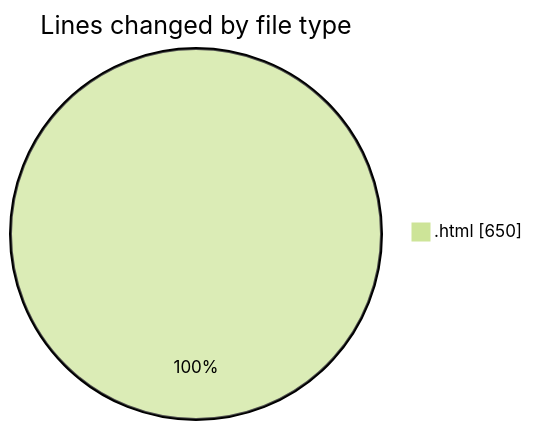
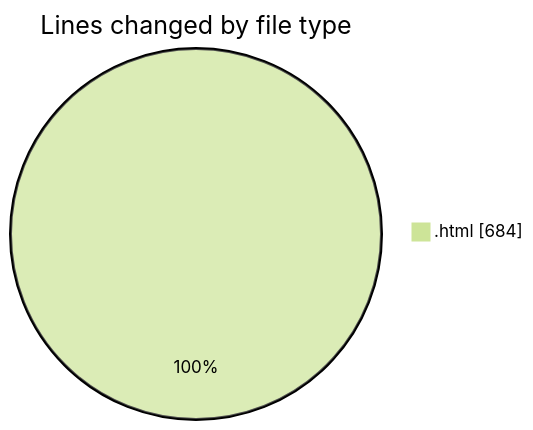
Before and after one commit to LanceThiago/code-tracking: the first of 2 diagrams in 2025-01-08/nueva_carpeta/README.md, drawn with Mermaid (forest theme). The commit also changed other lines of this file and 1 other file, not shown here.

````diff
--- a/2025-01-08/nueva_carpeta/README.md
+++ b/2025-01-08/nueva_carpeta/README.md
@@ -20,5 +20,5 @@
 ```mermaid
 pie showData
 title Lines changed by file type
-".html" : 650
+".html" : 684
 ```
````
